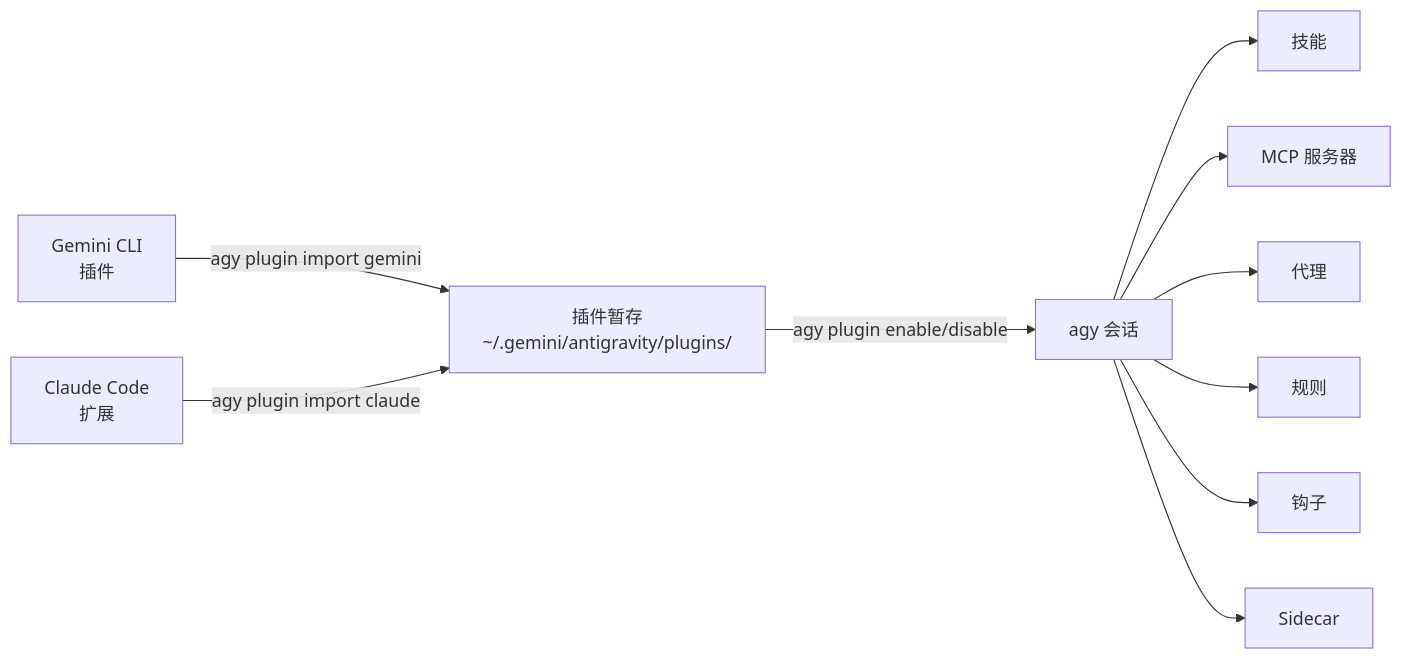
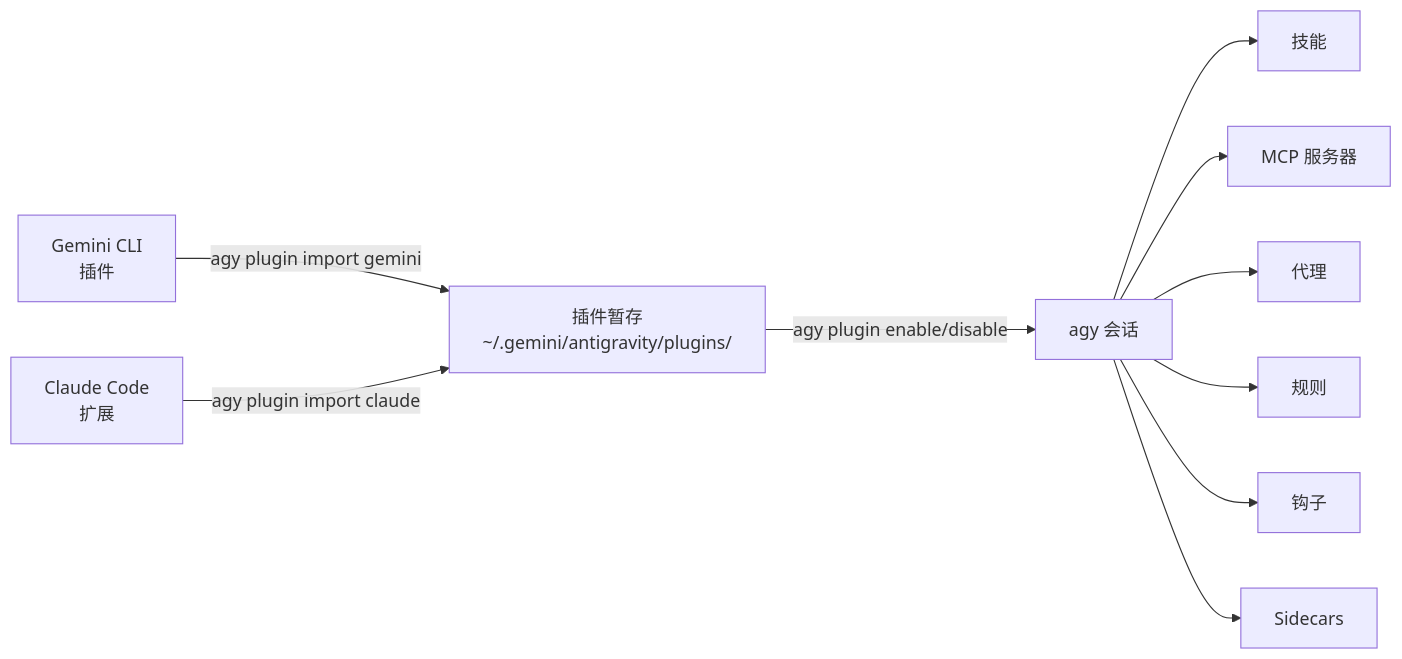
One commit to carlosmscabral/agy-cli-field-workshop changed the diagram in docs/zh/plugin-ecosystem.md. Above: the diagram before and after it, drawn with Mermaid. The commit also changed other lines of this file and 29 other files, not shown here.

````diff
--- a/docs/zh/plugin-ecosystem.md
+++ b/docs/zh/plugin-ecosystem.md
@@ -192,12 +194,12 @@
 ```mermaid
 graph LR
     GC["Gemini CLI\n插件"] --> |agy plugin import gemini| S["插件暂存\n~/.gemini/antigravity/plugins/"]
     CC["Claude Code\n扩展"] --> |agy plugin import claude| S
     S --> |agy plugin enable/disable| A[agy 会话]
     A --> SK[技能]
     A --> MCP[MCP 服务器]
     A --> AG[代理]
     A --> RU[规则]
     A --> HK[钩子]
-    A --> SD[Sidecar]
+    A --> SD[Sidecars]
 ```
````
